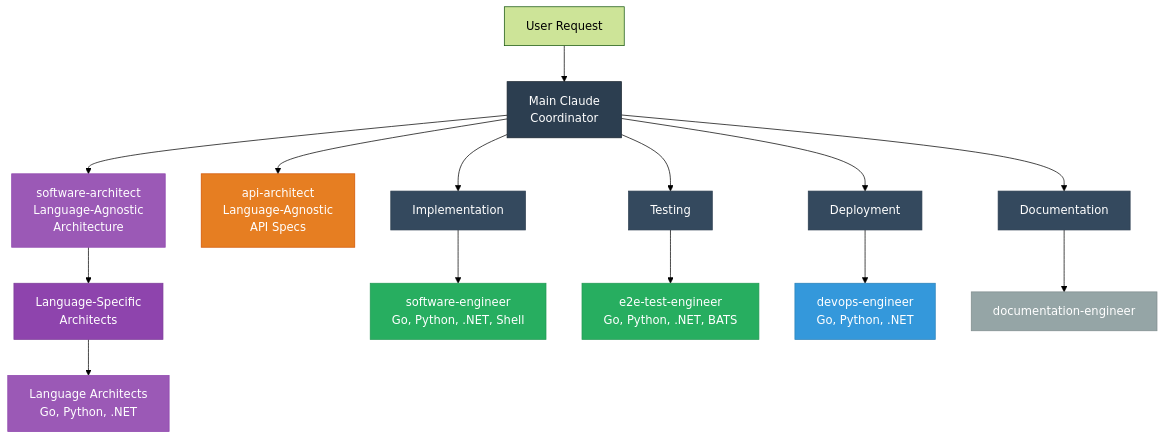
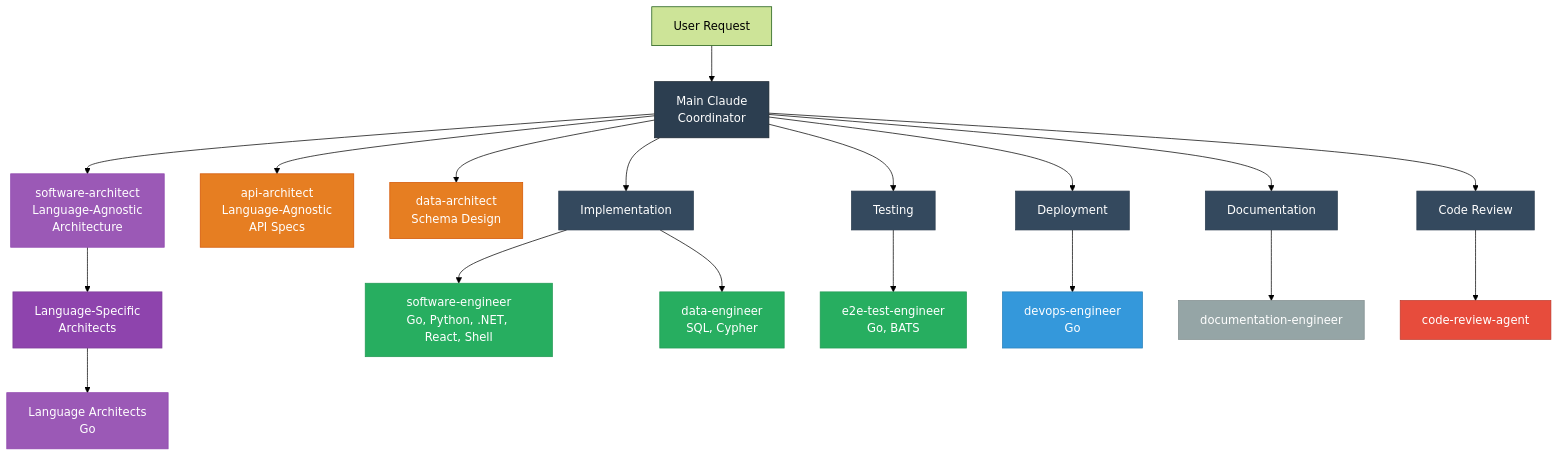
One commit to twistingmercury/claude-code-setup changed the first of 10 diagrams in agents/ABOUT-THE-AGENTS.md. Above: the diagram before and after it, drawn with Mermaid (forest theme). The commit also changed other lines of this file and 21 other files, not shown here.

````diff
--- a/agents/ABOUT-THE-AGENTS.md
+++ b/agents/ABOUT-THE-AGENTS.md
@@ -98,36 +103,44 @@
 ```mermaid
 graph TD
 User[User Request] --> Main[Main Claude<br/>Coordinator]
 
     Main --> SoftArch[software-architect<br/>Language-Agnostic<br/>Architecture]
 
     SoftArch --> LangArch[Language-Specific<br/>Architects]
 
-    LangArch --> LangSpecArch[Language Architects<br/>Go, Python, .NET]
+    LangArch --> LangSpecArch[Language Architects<br/>Go]
 
     Main --> APIArch[api-architect<br/>Language-Agnostic<br/>API Specs]
+    Main --> DataArch[data-architect<br/>Schema Design]
     Main --> Impl[Implementation]
     Main --> Test[Testing]
     Main --> DevOps[Deployment]
     Main --> Doc[Documentation]
+    Main --> Review[Code Review]
 
-    Impl --> SoftEng[software-engineer<br/>Go, Python, .NET, Shell]
-    Test --> E2EEng[e2e-test-engineer<br/>Go, Python, .NET, BATS]
-    DevOps --> DevOpsEng[devops-engineer<br/>Go, Python, .NET]
+    Impl --> SoftEng[software-engineer<br/>Go, Python, .NET, React, Shell]
+    Impl --> DataEng[data-engineer<br/>SQL, Cypher]
+    Test --> E2EEng[e2e-test-engineer<br/>Go, BATS]
+    DevOps --> DevOpsEng[devops-engineer<br/>Go]
     Doc --> DocEng[documentation-engineer]
+    Review --> CodeReview[code-review-agent]
 
     style Main fill:#2c3e50,stroke:#1a252f,color:#fff
     style SoftArch fill:#9b59b6,stroke:#8e44ad,color:#fff
     style LangArch fill:#8e44ad,stroke:#7d3c98,color:#fff
     style LangSpecArch fill:#9b59b6,stroke:#8e44ad,color:#fff
     style APIArch fill:#e67e22,stroke:#d35400,color:#fff
     style SoftEng fill:#27ae60,stroke:#229954,color:#fff
     style E2EEng fill:#27ae60,stroke:#229954,color:#fff
     style DevOpsEng fill:#3498db,stroke:#2980b9,color:#fff
     style DocEng fill:#95a5a6,stroke:#7f8c8d,color:#fff
+    style DataArch fill:#e67e22,stroke:#d35400,color:#fff
+    style DataEng fill:#27ae60,stroke:#229954,color:#fff
+    style CodeReview fill:#e74c3c,stroke:#c0392b,color:#fff
     style Impl fill:#34495e,stroke:#2c3e50,color:#fff
     style Test fill:#34495e,stroke:#2c3e50,color:#fff
     style DevOps fill:#34495e,stroke:#2c3e50,color:#fff
     style Doc fill:#34495e,stroke:#2c3e50,color:#fff
+    style Review fill:#34495e,stroke:#2c3e50,color:#fff
 
 ```
````
